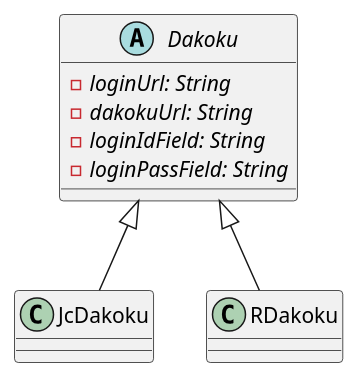
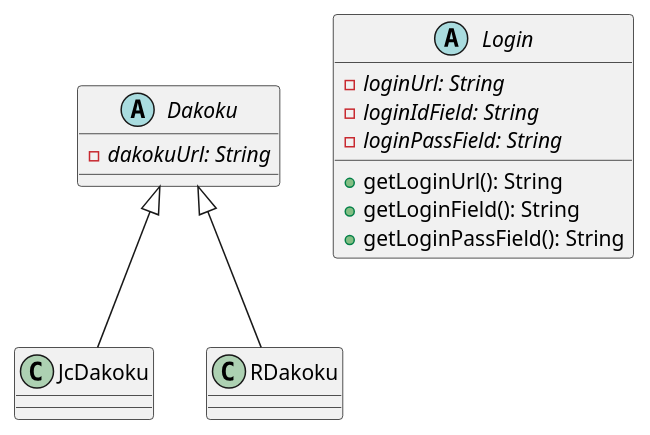
Before and after one commit to sahokk/JavaDakoku0502: the diagram in クラス図.pu, drawn with PlantUML.

Commit message:
クラス図

```diff
--- a/クラス図.pu
+++ b/クラス図.pu
@@ -1,18 +1,24 @@
 @startuml
 abstract class Dakoku {
-    - {abstract} loginUrl: String
     - {abstract} dakokuUrl: String
-    - {abstract} loginIdField: String
-    - {abstract} loginPassField: String
-
 }
 
 class JcDakoku extends Dakoku {
 
 }
 
 class RDakoku extends Dakoku {
 
 }
 
+abstract class Login {
+    - {abstract} loginUrl: String
+    - {abstract} loginIdField: String
+    - {abstract} loginPassField: String
+
+    + getLoginUrl(): String
+    + getLoginField(): String
+    + getLoginPassField(): String
+}
+
 @enduml
```
